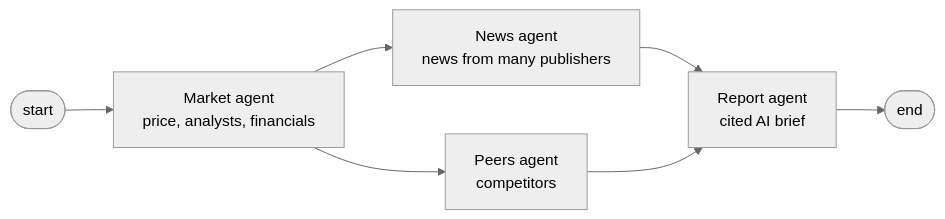
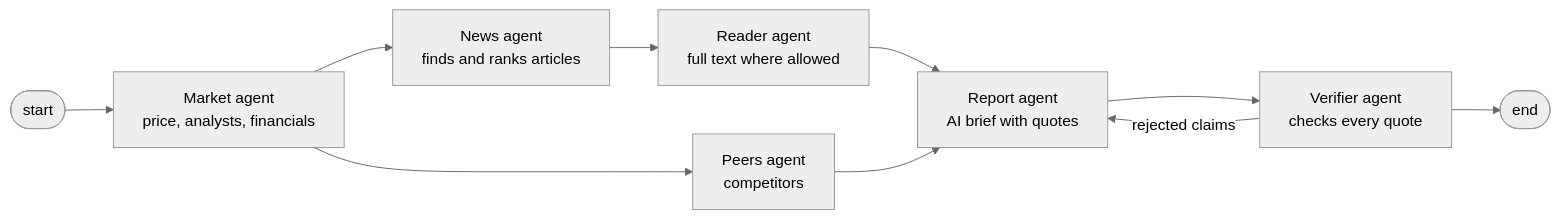
Before and after one commit to r-elsa/alphasignal: the diagram in README.md, drawn with Mermaid (neutral theme). The commit also changed other lines of this file and 13 other files, not shown here.

First line of the commit message:
Read the articles and verify claims against them

````diff
--- a/README.md
+++ b/README.md
@@ -22,9 +22,12 @@
 ```mermaid
 graph LR
     start([start]) --> market[Market agent<br/>price, analysts, financials]
-    market --> news[News agent<br/>news from many publishers]
+    market --> news[News agent<br/>finds and ranks articles]
     market --> peers[Peers agent<br/>competitors]
-    news --> report[Report agent<br/>cited AI brief]
+    news --> reader[Reader agent<br/>full text where allowed]
+    reader --> report[Report agent<br/>AI brief with quotes]
     peers --> report
-    report --> done([end])
+    report --> verifier[Verifier agent<br/>checks every quote]
+    verifier -- rejected claims --> report
+    verifier --> done([end])
 ```
````
